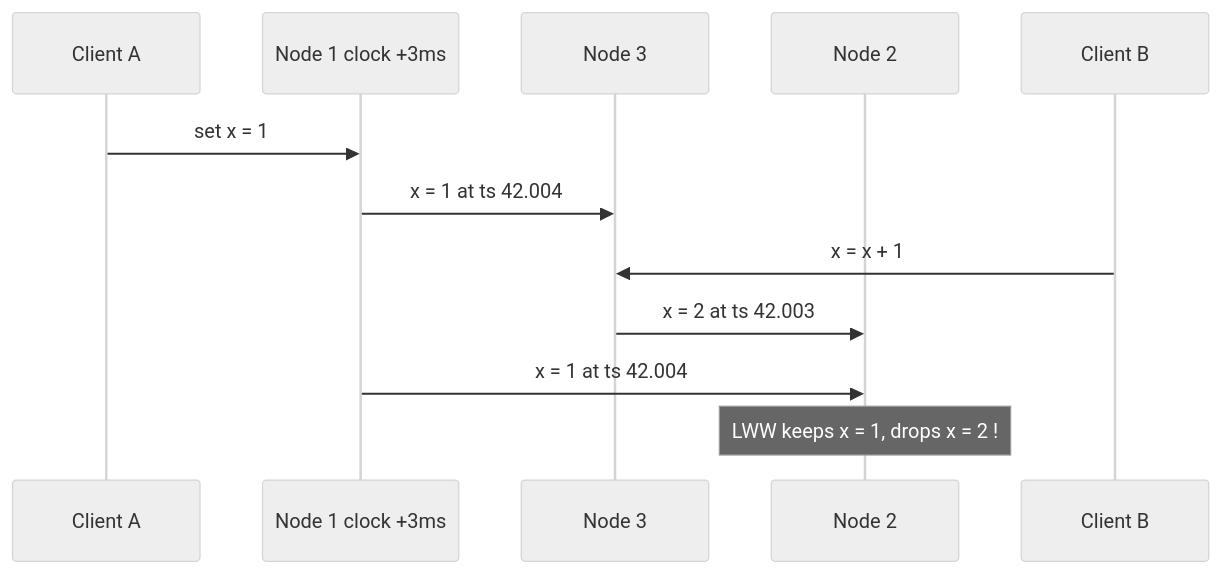
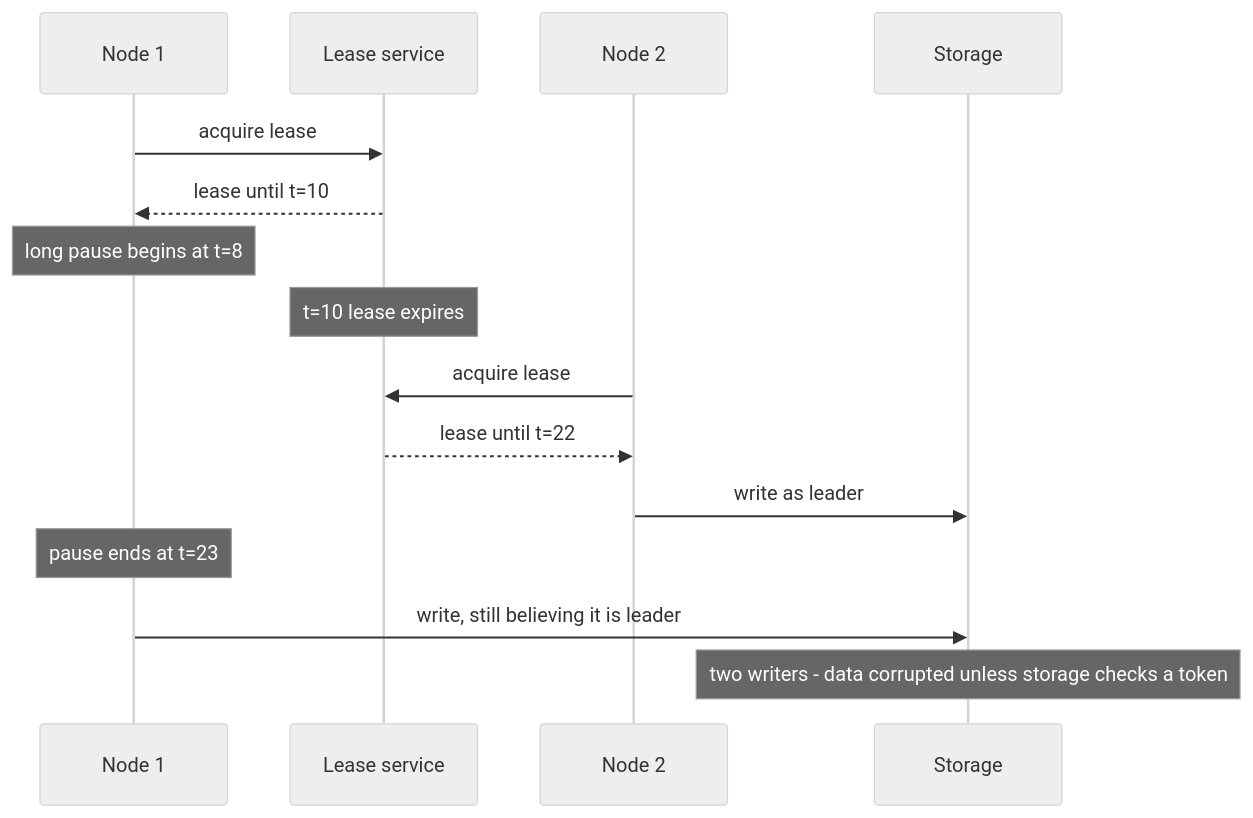
The diagram in src/databases/lessons/19-clocks-pauses.md (alvinnew100/grand-line-study-guide), drawn with Mermaid (neutral theme) before and after one commit. The commit also changed other lines of this file and 37 other files, not shown here.

````diff
--- a/src/databases/lessons/19-clocks-pauses.md
+++ b/src/databases/lessons/19-clocks-pauses.md
@@ -66,14 +177,17 @@
 ```mermaid
 sequenceDiagram
-  participant A as Client A
-  participant N1 as Node 1 clock +3ms
-  participant N3 as Node 3
+  participant N1 as Node 1
+  participant LS as Lease service
   participant N2 as Node 2
-  participant B as Client B
-  A->>N1: set x = 1
-  N1->>N3: x = 1 at ts 42.004
-  B->>N3: x = x + 1
-  N3->>N2: x = 2 at ts 42.003
-  N1->>N2: x = 1 at ts 42.004
-  Note over N2: LWW keeps x = 1, drops x = 2 !
+  participant ST as Storage
+  N1->>LS: acquire lease
+  LS-->>N1: lease until t=10
+  Note over N1: long pause begins at t=8
+  Note over LS: t=10 lease expires
+  N2->>LS: acquire lease
+  LS-->>N2: lease until t=22
+  N2->>ST: write as leader
+  Note over N1: pause ends at t=23
+  N1->>ST: write, still believing it is leader
+  Note over ST: two writers - data corrupted unless storage checks a token
 ```
````
